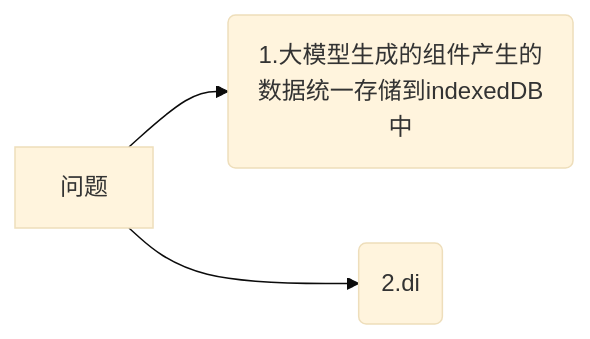
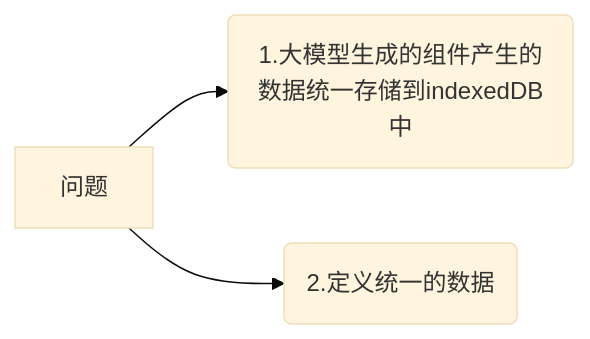
One commit to yingjianzh/iodraw-files changed the diagram in all/未命名-21.md. Above: the diagram before and after it, drawn with Mermaid (base theme).

Commit message:
2025-02-17 14:18:53 update

````diff
--- a/all/未命名-21.md
+++ b/all/未命名-21.md
@@ -1,7 +1,7 @@
 ```mermaid
 graph LR
     A[问题] -->B(1.大模型生成的组件产生的数据统一存储到indexedDB中)
-    A --> C(2.di)
+    A --> C(2.定义统一的数据)
     
   
 ```
````
